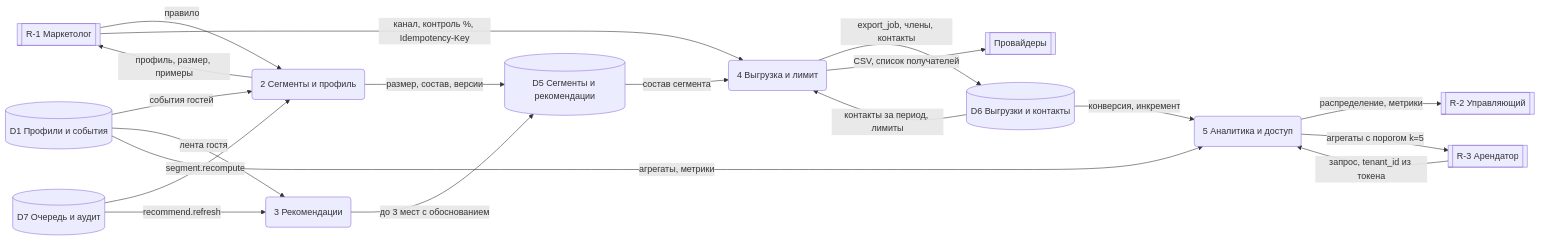
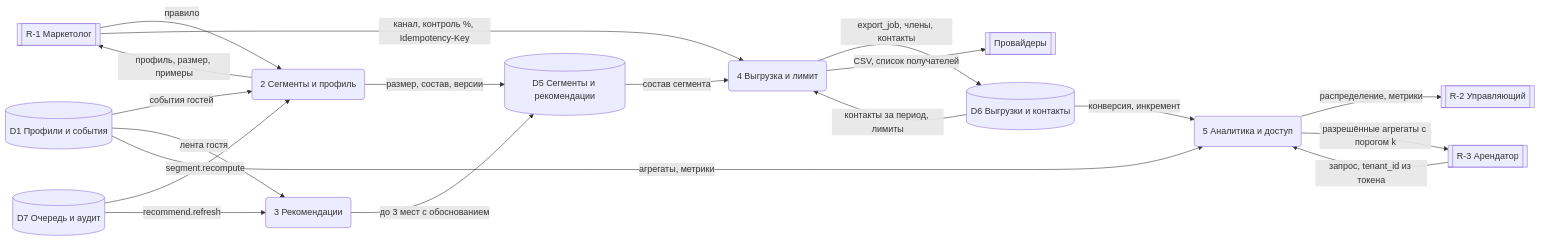
Before and after one commit to MangriMen/UCRP: the third of 3 diagrams in docs/design/13-dfd.md, drawn with Mermaid. The commit also changed other lines of this file and 10 other files, not shown here.

````diff
--- a/docs/design/13-dfd.md
+++ b/docs/design/13-dfd.md
@@ -79,33 +79,33 @@
 ```mermaid
 flowchart LR
   R1[["R-1 Маркетолог"]]
   R2[["R-2 Управляющий"]]
   R3[["R-3 Арендатор"]]
   PRV[["Провайдеры"]]
   P2("2 Сегменты и профиль")
   P3("3 Рекомендации")
   P4("4 Выгрузка и лимит")
   P5("5 Аналитика и доступ")
   D1[("D1 Профили и события")]
   D5[("D5 Сегменты и рекомендации")]
   D6[("D6 Выгрузки и контакты")]
   D7[("D7 Очередь и аудит")]
   R1 -->|"правило"| P2
   D1 -->|"события гостей"| P2
   D7 -->|"segment.recompute"| P2
   P2 -->|"размер, состав, версии"| D5
   P2 -->|"профиль, размер, примеры"| R1
   D7 -->|"recommend.refresh"| P3
   D1 -->|"лента гостя"| P3
   P3 -->|"до 3 мест с обоснованием"| D5
   R1 -->|"канал, контроль %, Idempotency-Key"| P4
   D5 -->|"состав сегмента"| P4
   D6 -->|"контакты за период, лимиты"| P4
   P4 -->|"export_job, члены, контакты"| D6
   P4 -->|"CSV, список получателей"| PRV
   D1 -->|"агрегаты, метрики"| P5
   D6 -->|"конверсия, инкремент"| P5
   P5 -->|"распределение, метрики"| R2
   R3 -->|"запрос, tenant_id из токена"| P5
-  P5 -->|"агрегаты с порогом k=5"| R3
+  P5 -->|"разрешённые агрегаты с порогом k"| R3
 ```
````
